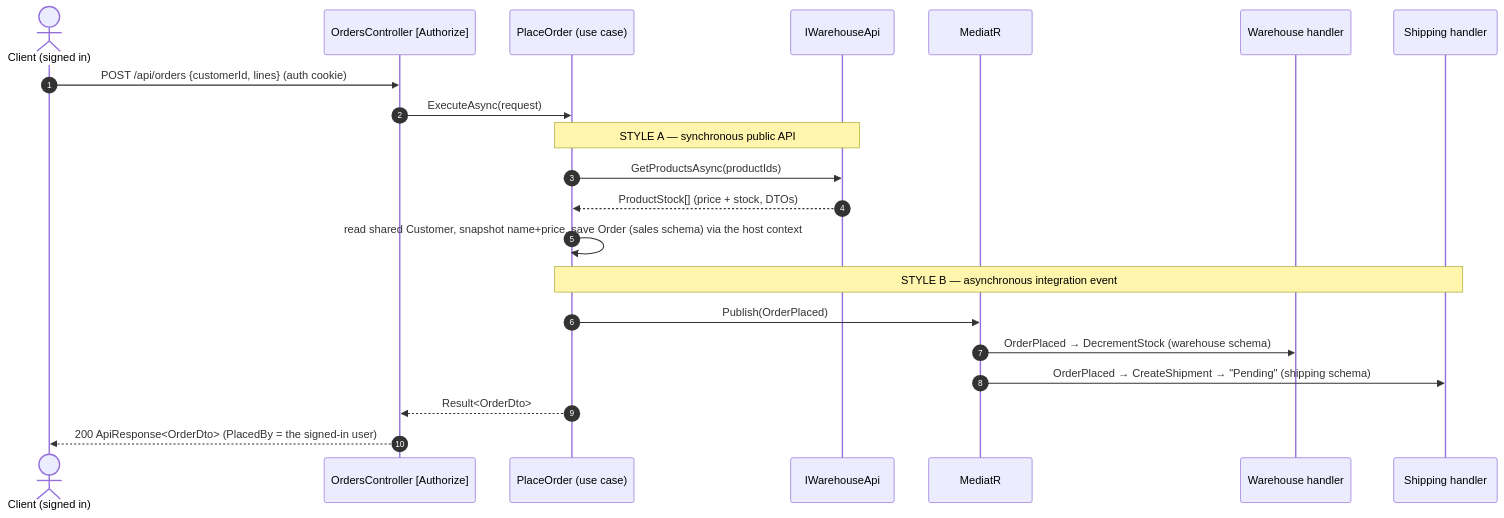
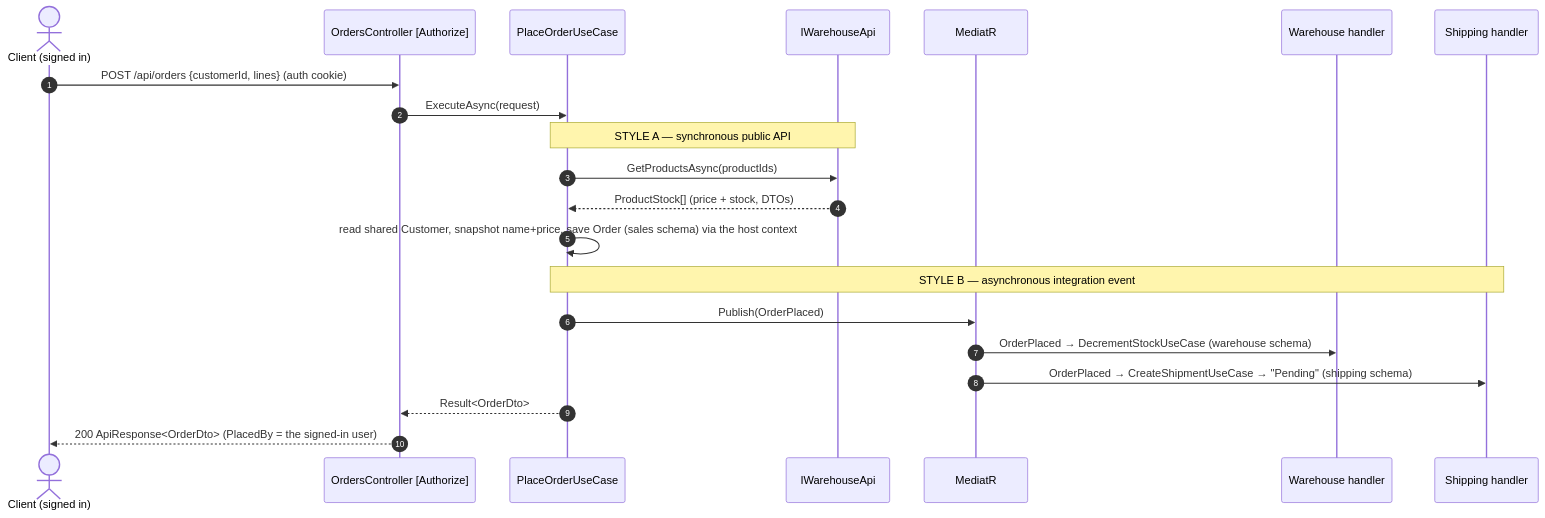
The second of 2 diagrams in docs/architecture.md (TNEXFF/ModularShop), drawn with Mermaid before and after one commit. The commit also changed other lines of this file and 50 other files, not shown here.

````diff
--- a/docs/architecture.md
+++ b/docs/architecture.md
@@ -395,24 +448,24 @@
 ```mermaid
 sequenceDiagram
     autonumber
     actor U as Client (signed in)
     participant C as OrdersController [Authorize]
-    participant P as PlaceOrder (use case)
+    participant P as PlaceOrderUseCase
     participant W as IWarehouseApi
     participant Bus as MediatR
     participant WH as Warehouse handler
     participant SH as Shipping handler
 
     U->>C: POST /api/orders {customerId, lines}  (auth cookie)
     C->>P: ExecuteAsync(request)
     Note over P,W: STYLE A — synchronous public API
     P->>W: GetProductsAsync(productIds)
     W-->>P: ProductStock[] (price + stock, DTOs)
     P->>P: read shared Customer, snapshot name+price, save Order (sales schema) via the host context
     Note over P,SH: STYLE B — asynchronous integration event
     P->>Bus: Publish(OrderPlaced)
-    Bus->>WH: OrderPlaced → DecrementStock (warehouse schema)
-    Bus->>SH: OrderPlaced → CreateShipment → "Pending" (shipping schema)
+    Bus->>WH: OrderPlaced → DecrementStockUseCase (warehouse schema)
+    Bus->>SH: OrderPlaced → CreateShipmentUseCase → "Pending" (shipping schema)
     P-->>C: Result<OrderDto>
     C-->>U: 200 ApiResponse<OrderDto>  (PlacedBy = the signed-in user)
 ```
````
